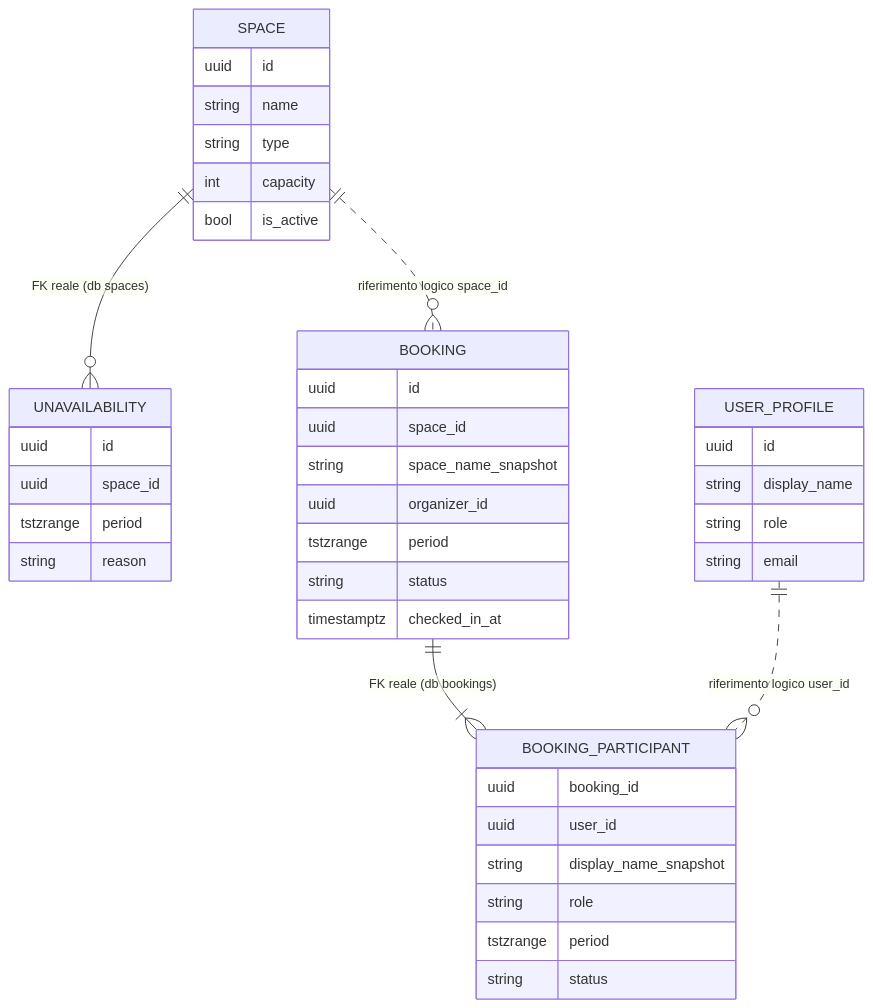
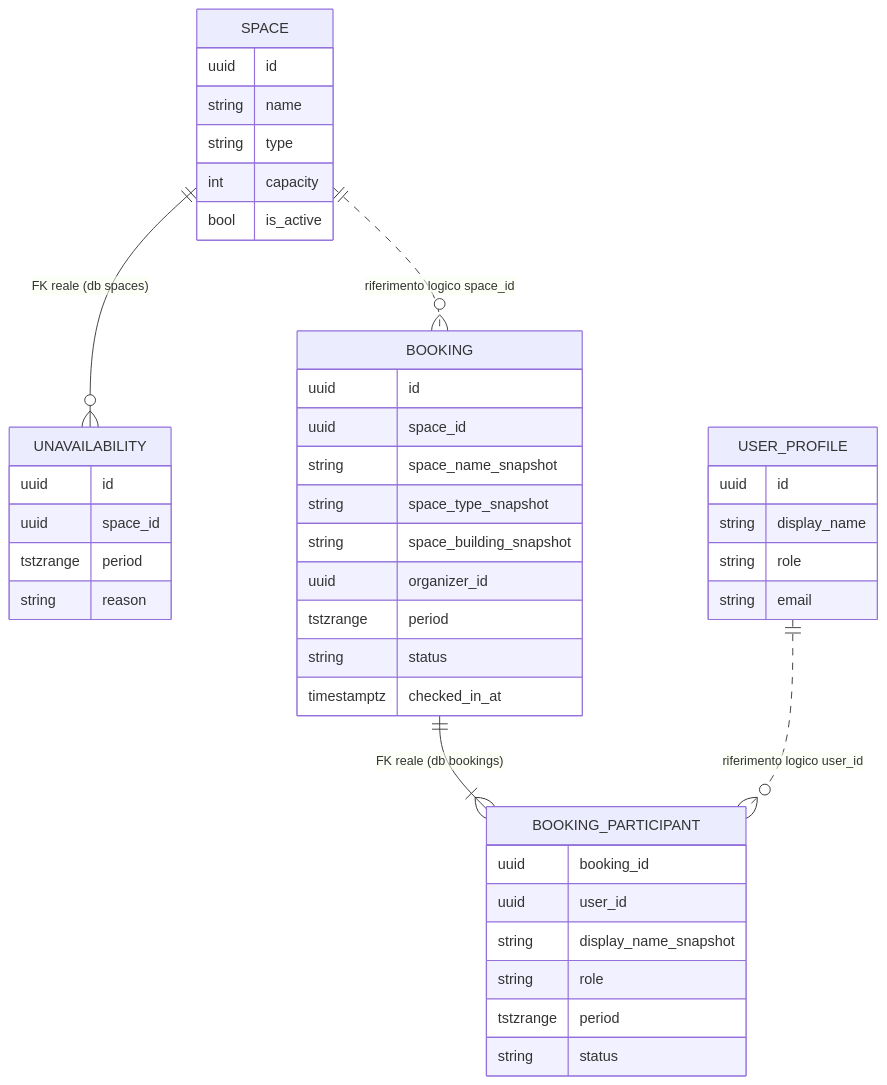
The second of 3 diagrams in docs/architecture.md (loggione-finale/smartcampus), drawn with Mermaid before and after one commit. The commit also changed other lines of this file and 2 other files, not shown here.

````diff
--- a/docs/architecture.md
+++ b/docs/architecture.md
@@ -110,43 +110,45 @@
 ```mermaid
 erDiagram
     SPACE ||--o{ UNAVAILABILITY : "FK reale (db spaces)"
     BOOKING ||--|{ BOOKING_PARTICIPANT : "FK reale (db bookings)"
     SPACE ||..o{ BOOKING : "riferimento logico space_id"
     USER_PROFILE ||..o{ BOOKING_PARTICIPANT : "riferimento logico user_id"
     SPACE {
         uuid id
         string name
         string type
         int capacity
         bool is_active
     }
     UNAVAILABILITY {
         uuid id
         uuid space_id
         tstzrange period
         string reason
     }
     BOOKING {
         uuid id
         uuid space_id
         string space_name_snapshot
+        string space_type_snapshot
+        string space_building_snapshot
         uuid organizer_id
         tstzrange period
         string status
         timestamptz checked_in_at
     }
     BOOKING_PARTICIPANT {
         uuid booking_id
         uuid user_id
         string display_name_snapshot
         string role
         tstzrange period
         string status
     }
     USER_PROFILE {
         uuid id
         string display_name
         string role
         string email
     }
 ```
````
